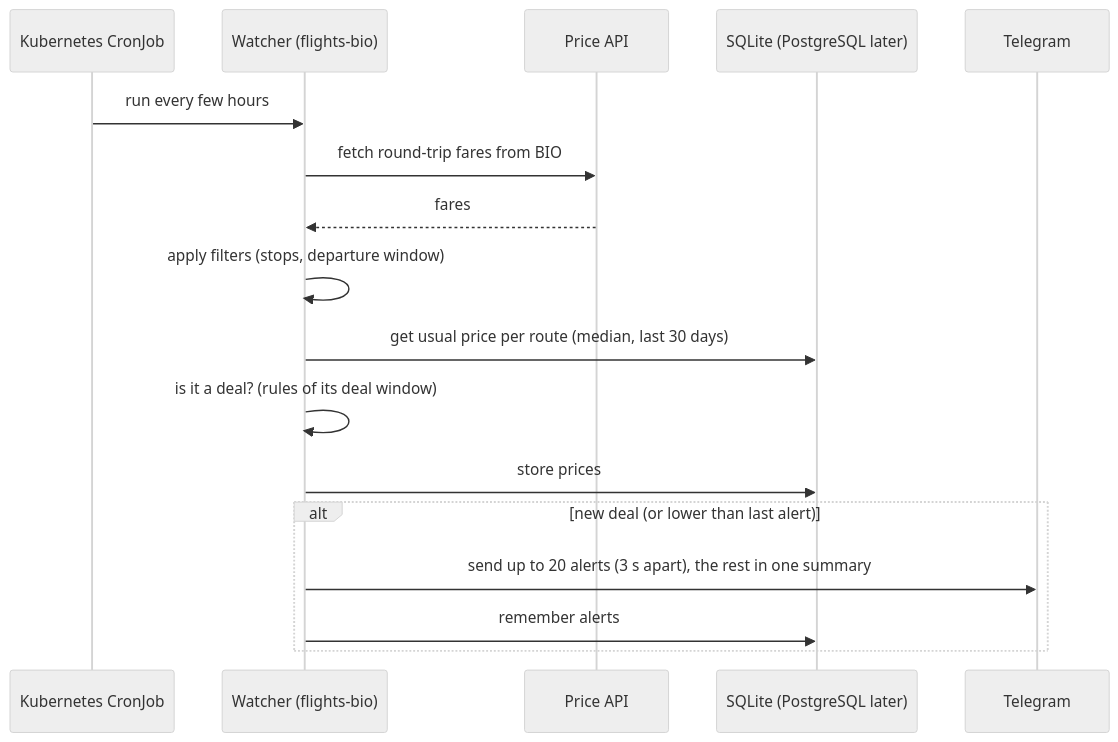
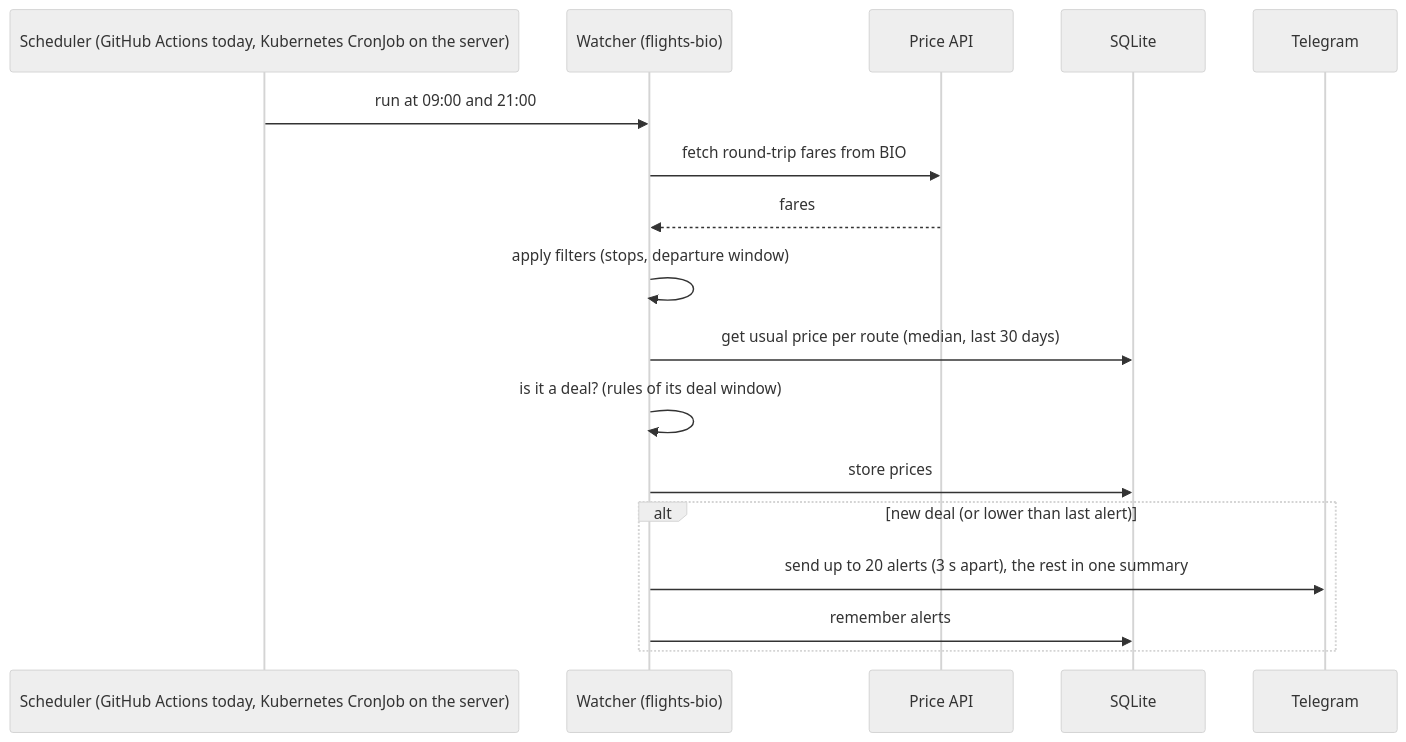
The first of 3 diagrams in docs/architecture.md (borjaviadero/bilbao-flight-deals), drawn with Mermaid (neutral theme) before and after one commit. The commit also changed other lines of this file and 1 other file, not shown here.

First line of the commit message:
docs: describe where the watcher actually runs today

````diff
--- a/docs/architecture.md
+++ b/docs/architecture.md
@@ -16,20 +16,20 @@
 ```mermaid
 sequenceDiagram
-    participant K as Kubernetes CronJob
+    participant K as Scheduler (GitHub Actions today, Kubernetes CronJob on the server)
     participant W as Watcher (flights-bio)
     participant API as Price API
-    participant DB as SQLite (PostgreSQL later)
+    participant DB as SQLite
     participant TG as Telegram
 
-    K->>W: run every few hours
+    K->>W: run at 09:00 and 21:00
     W->>API: fetch round-trip fares from BIO
     API-->>W: fares
     W->>W: apply filters (stops, departure window)
     W->>DB: get usual price per route (median, last 30 days)
     W->>W: is it a deal? (rules of its deal window)
     W->>DB: store prices
     alt new deal (or lower than last alert)
         W->>TG: send up to 20 alerts (3 s apart), the rest in one summary
         W->>DB: remember alerts
     end
 ```
````
